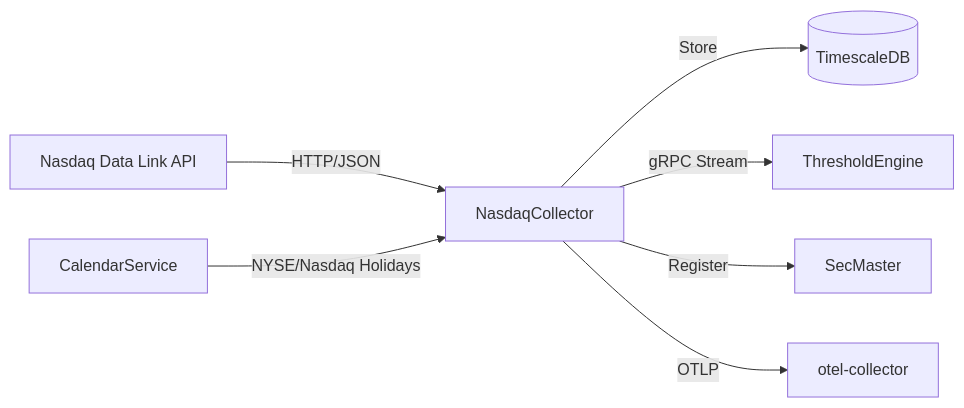
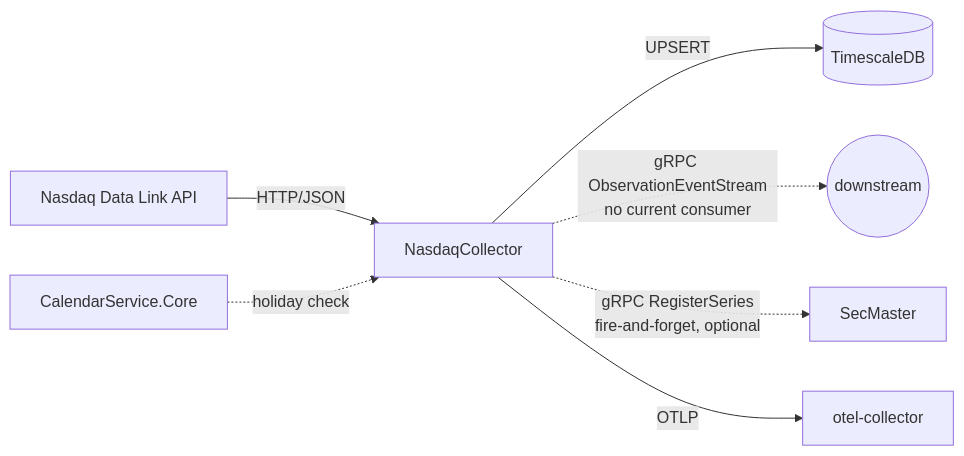
The diagram in NasdaqCollector/README.md (jpansarasa/ATLAS-Docs), drawn with Mermaid before and after one commit. The commit also changed other lines of this file, not shown here.

````diff
--- a/NasdaqCollector/README.md
+++ b/NasdaqCollector/README.md
@@ -13,9 +13,9 @@
 ```mermaid
 flowchart LR
     NDL[Nasdaq Data Link API] -->|HTTP/JSON| NC[NasdaqCollector]
-    CAL[CalendarService] -->|NYSE/Nasdaq Holidays| NC
-    NC -->|Store| DB[(TimescaleDB)]
-    NC -->|gRPC Stream| TE[ThresholdEngine]
-    NC -->|Register| SM[SecMaster]
+    CAL[CalendarService.Core] -.->|holiday check| NC
+    NC -->|UPSERT| DB[(TimescaleDB)]
+    NC -.->|gRPC ObservationEventStream<br/>no current consumer| Consumer((downstream))
+    NC -.->|gRPC RegisterSeries<br/>fire-and-forget, optional| SM[SecMaster]
     NC -->|OTLP| OTEL[otel-collector]
 ```
````
